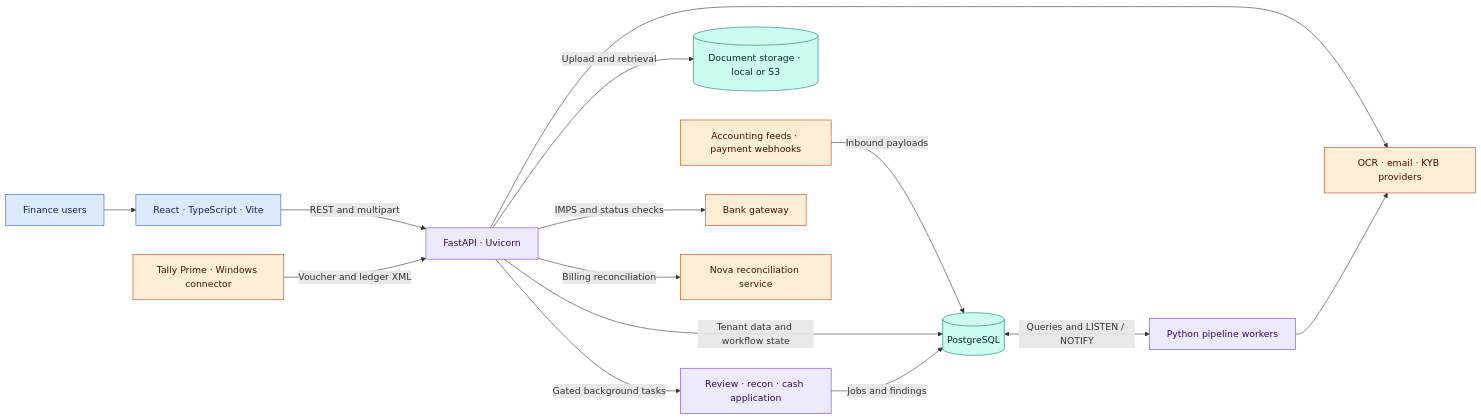
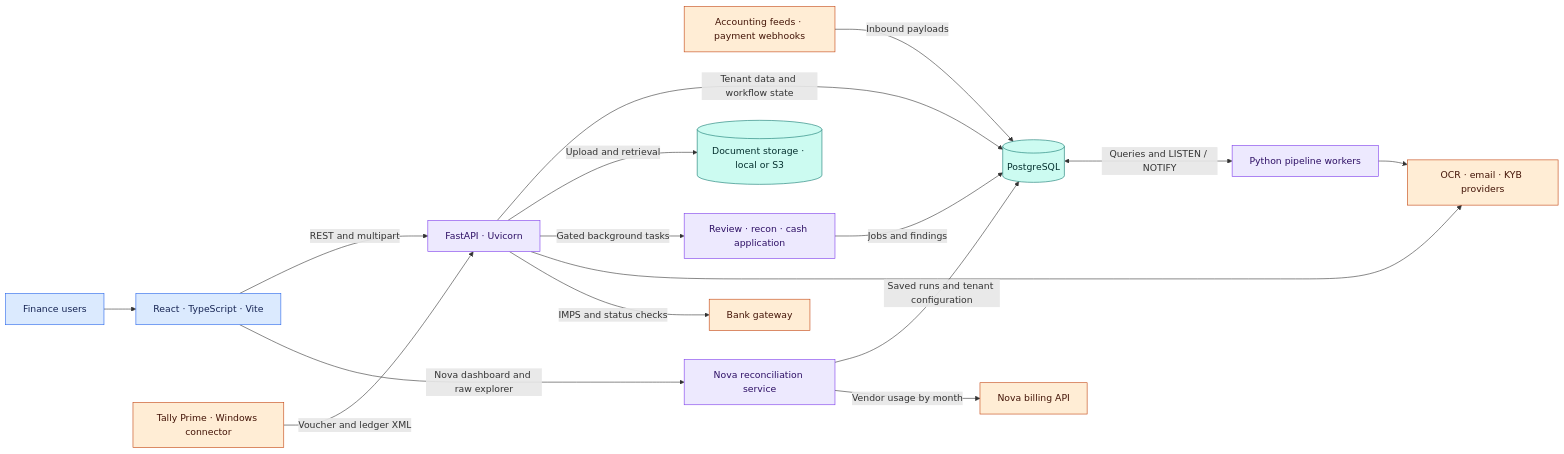
Before and after one commit to r-rishit27/equal_hackathon: the first of 4 diagrams in README.md, drawn with Mermaid. The commit also changed other lines of this file, not shown here.

Commit message:
Document Reckon.ai features and deployment architecture

````diff
--- a/README.md
+++ b/README.md
@@ -107,25 +121,27 @@
 ```mermaid
 flowchart LR
     People["Finance users"] --> Web["React · TypeScript · Vite"]
     Web -->|REST and multipart| API["FastAPI · Uvicorn"]
     Tally["Tally Prime · Windows connector"] -->|Voucher and ledger XML| API
     Sources["Accounting feeds · payment webhooks"] -->|Inbound payloads| DB[("PostgreSQL")]
     API -->|Tenant data and workflow state| DB
     API -->|Upload and retrieval| Files[("Document storage · local or S3")]
     API -->|Gated background tasks| Agents["Review · recon · cash application"]
     Agents -->|Jobs and findings| DB
     DB <-->|Queries and LISTEN / NOTIFY| Workers["Python pipeline workers"]
     API --> Providers["OCR · email · KYB providers"]
     Workers --> Providers
     API -->|IMPS and status checks| Bank["Bank gateway"]
-    API -->|Billing reconciliation| Nova["Nova reconciliation service"]
+    Web -->|Nova dashboard and raw explorer| Nova["Nova reconciliation service"]
+    Nova -->|Saved runs and tenant configuration| DB
+    Nova -->|Vendor usage by month| NovaUpstream["Nova billing API"]
 
     classDef client fill:#dbeafe,stroke:#2563eb,color:#172554;
     classDef compute fill:#ede9fe,stroke:#7c3aed,color:#2e1065;
     classDef data fill:#ccfbf1,stroke:#0f766e,color:#042f2e;
     classDef external fill:#ffedd5,stroke:#c2410c,color:#431407;
     class People,Web client;
-    class API,Agents,Workers compute;
+    class API,Agents,Workers,Nova compute;
     class DB,Files data;
-    class Tally,Sources,Providers,Bank,Nova external;
+    class Tally,Sources,Providers,Bank,NovaUpstream external;
 ```
````
